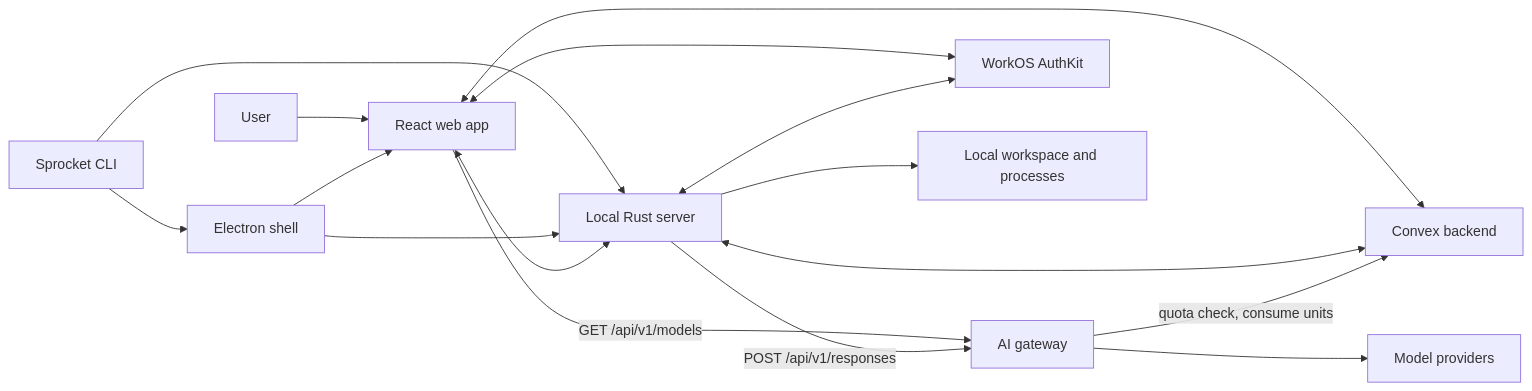
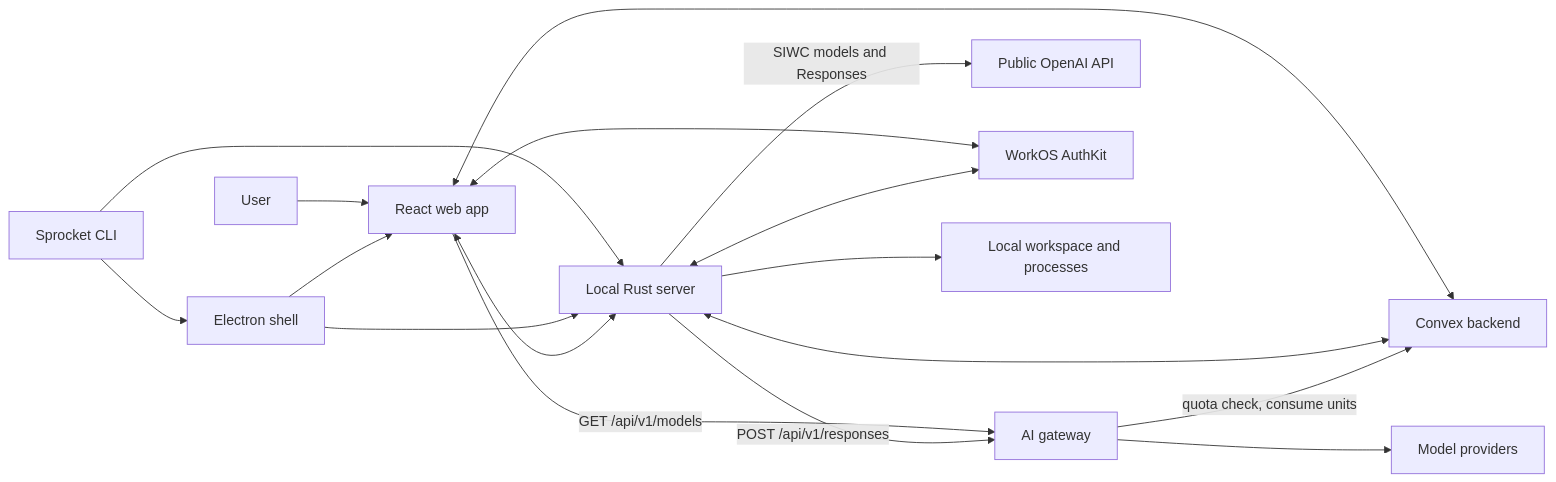
Before and after one commit to spikonado/sprocket: the first of 2 diagrams in ARCHITECTURE.md, drawn with Mermaid. The commit also changed other lines of this file and 32 other files, not shown here.

Commit message:
feat(providers): Replace Codex OAuth with local SIWC (#497)

````diff
--- a/ARCHITECTURE.md
+++ b/ARCHITECTURE.md
@@ -27,18 +27,19 @@
 ```mermaid
 flowchart LR
     User[User] --> Web[React web app]
     CLI[Sprocket CLI] --> Desktop[Electron shell]
     Desktop --> Web
     CLI --> Local[Local Rust server]
     Desktop --> Local
     Web <--> Local
     Web <--> Convex[Convex backend]
     Local <--> Convex
     Web -->|"GET /api/v1/models"| Gateway[AI gateway]
     Local -->|"POST /api/v1/responses"| Gateway
+    Local -->|"SIWC models and Responses"| OpenAI[Public OpenAI API]
     Gateway --> Providers[Model providers]
     Gateway -->|"quota check, consume units"| Convex
     Web <--> Auth[WorkOS AuthKit]
     Local <--> Auth
     Local --> Workspace[Local workspace and processes]
 ```
````
